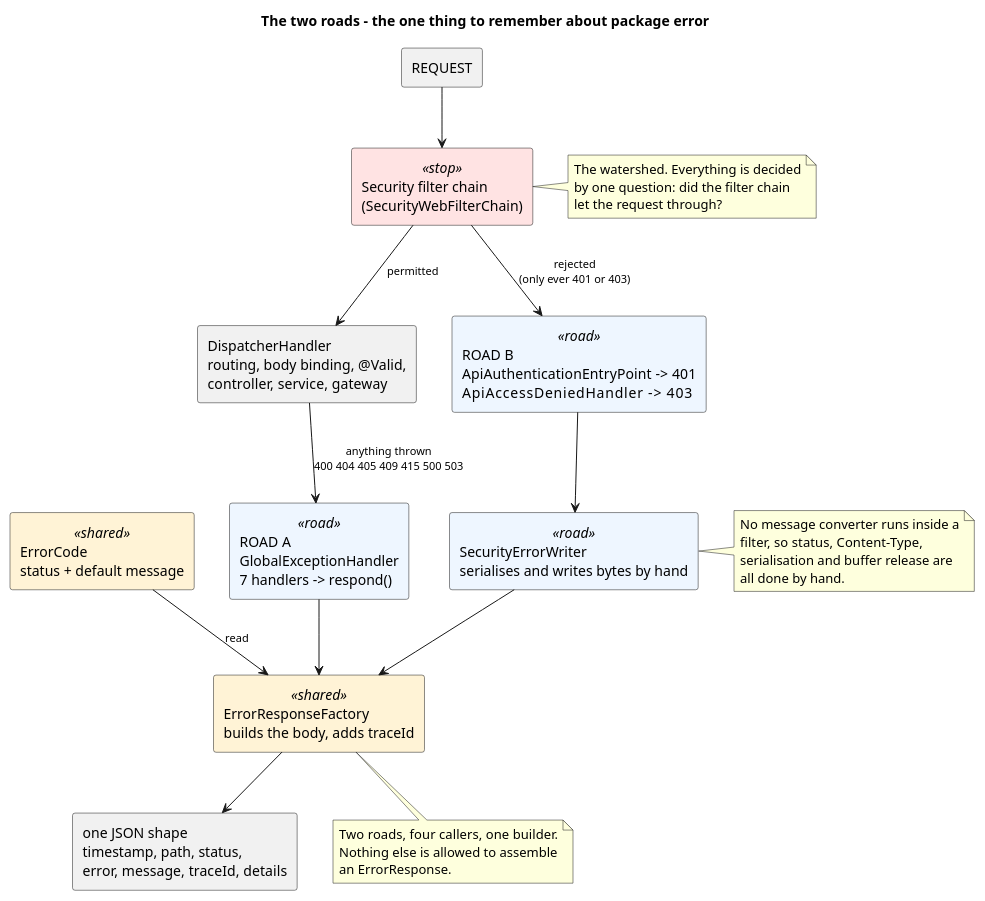
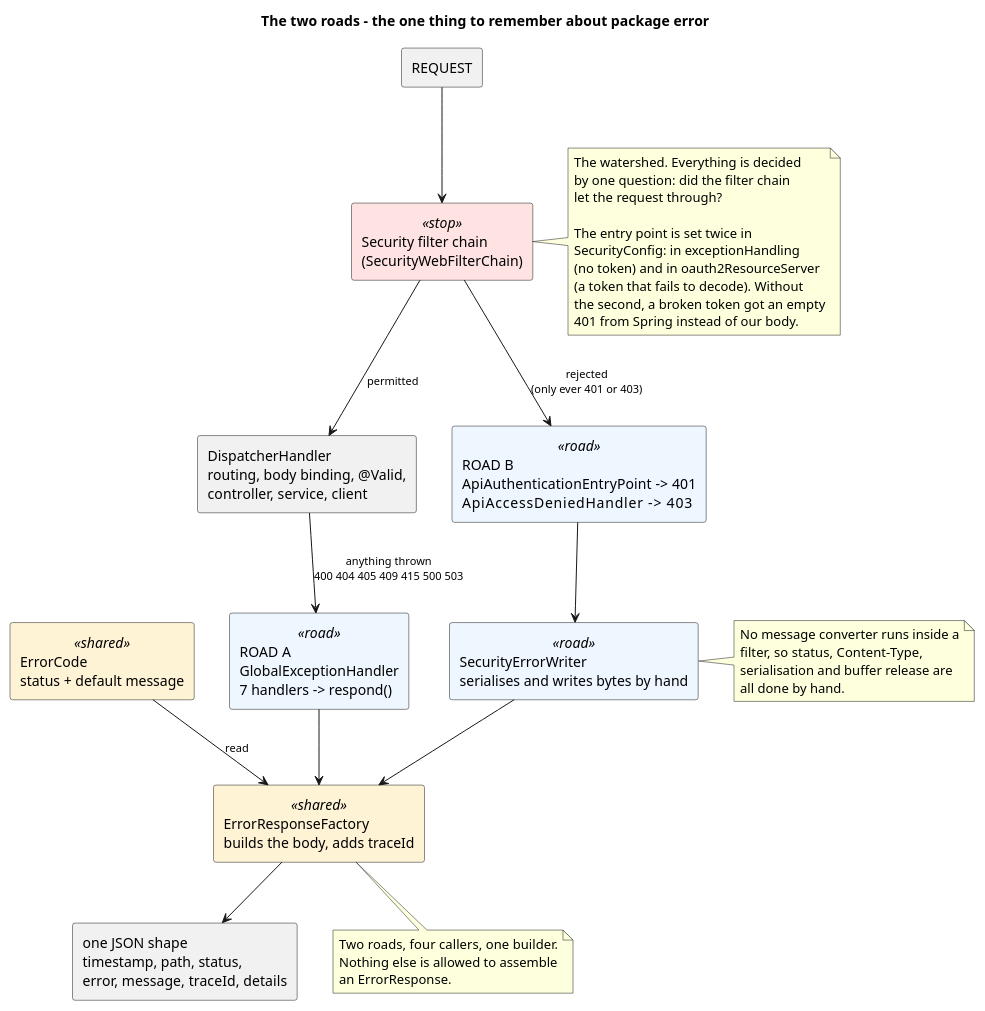
One commit to dezxxx/payment-platform changed the diagram in docs/puml-diagrams/error-two-roads.puml. Above: the diagram before and after it, drawn with PlantUML. The commit also changed 91 other files, not shown here.

First line of the commit message:
refactor: follow the teacher's component diagram and build inside Docker

```diff
--- a/docs/puml-diagrams/error-two-roads.puml
+++ b/docs/puml-diagrams/error-two-roads.puml
@@ -1,58 +1,65 @@
 @startuml error-two-roads
 title The two roads - the one thing to remember about package error
 
 skinparam shadowing false
 skinparam rectangle {
   BackgroundColor<<road>> #EEF6FF
   BackgroundColor<<shared>> #FFF3D6
   BackgroundColor<<stop>> #FFE3E3
 }
 skinparam ArrowFontSize 11
 
 rectangle "REQUEST" as Req
 
 rectangle "Security filter chain\n(SecurityWebFilterChain)" as Sec <<stop>>
 
-rectangle "DispatcherHandler\nrouting, body binding, @Valid,\ncontroller, service, gateway" as Disp
+rectangle "DispatcherHandler\nrouting, body binding, @Valid,\ncontroller, service, client" as Disp
 
 rectangle "ROAD B\nApiAuthenticationEntryPoint  -> 401\nApiAccessDeniedHandler       -> 403" as RoadB <<road>>
 rectangle "SecurityErrorWriter\nserialises and writes bytes by hand" as Writer <<road>>
 
 rectangle "ROAD A\nGlobalExceptionHandler\n7 handlers -> respond()" as RoadA <<road>>
 
 rectangle "ErrorResponseFactory\nbuilds the body, adds traceId" as Factory <<shared>>
 
 rectangle "ErrorCode\nstatus + default message" as Code <<shared>>
 
 rectangle "one JSON shape\ntimestamp, path, status,\nerror, message, traceId, details" as Out
 
 Req --> Sec
 Sec --> RoadB : rejected\n(only ever 401 or 403)
 Sec --> Disp : permitted
 Disp --> RoadA : anything thrown\n400 404 405 409 415 500 503
 RoadB --> Writer
 Writer --> Factory
 RoadA --> Factory
 Code --> Factory : read
 Factory --> Out
 
 note right of Sec
   The watershed. Everything is decided
   by one question: did the filter chain
   let the request through?
+
+  The entry point is set twice in
+  SecurityConfig: in exceptionHandling
+  (no token) and in oauth2ResourceServer
+  (a token that fails to decode). Without
+  the second, a broken token got an empty
+  401 from Spring instead of our body.
 end note
 
 note right of Writer
   No message converter runs inside a
   filter, so status, Content-Type,
   serialisation and buffer release are
   all done by hand.
 end note
 
 note bottom of Factory
   Two roads, four callers, one builder.
   Nothing else is allowed to assemble
   an ErrorResponse.
 end note
 
 @enduml
```
